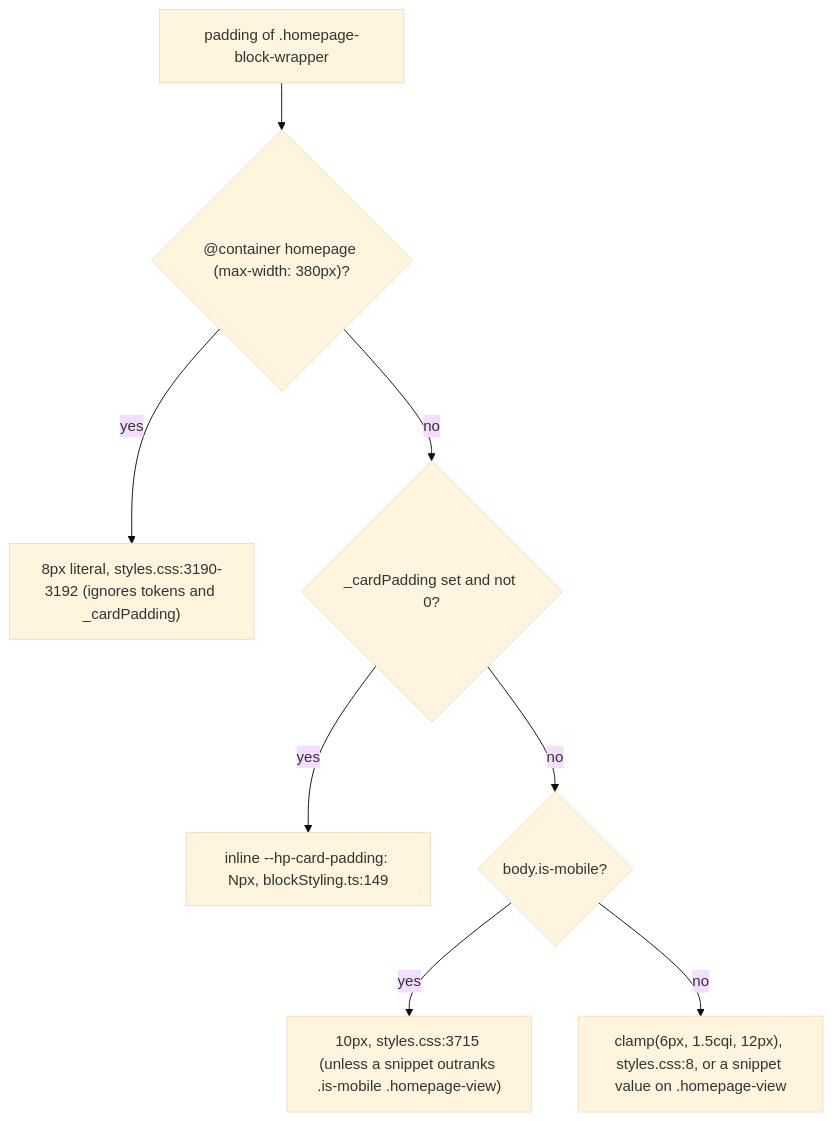
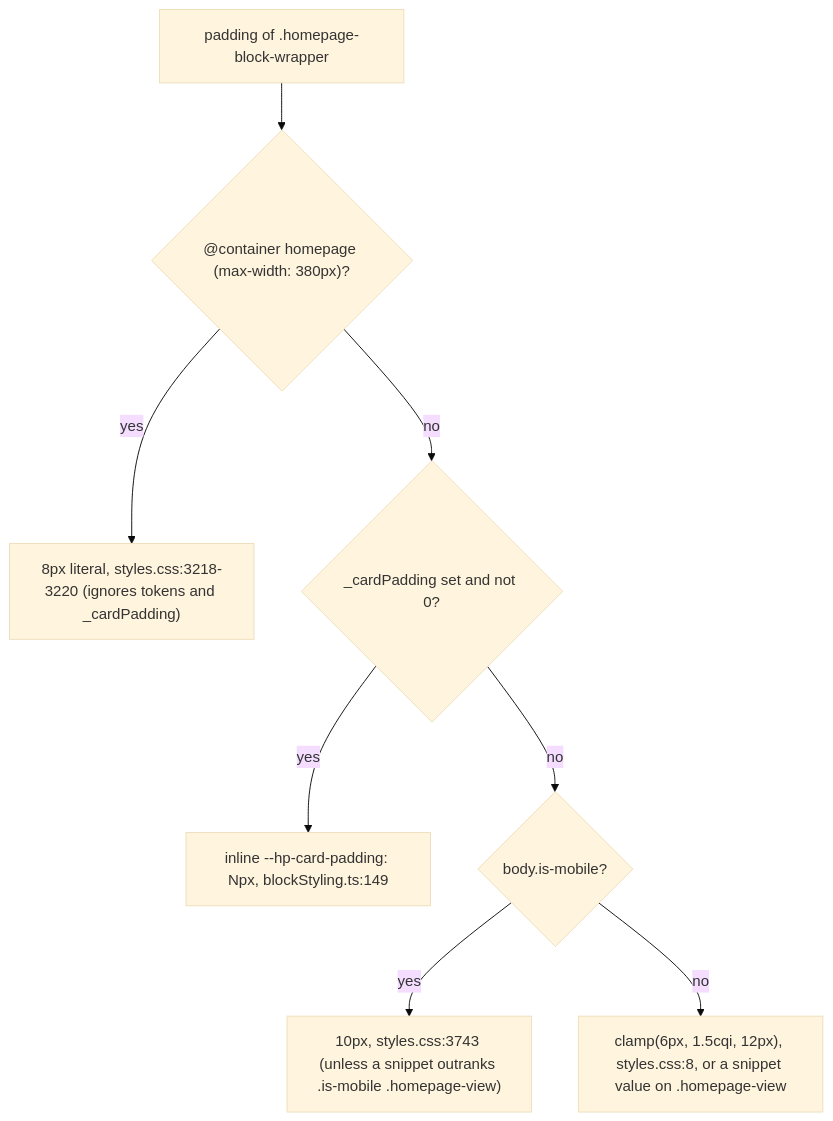
The first of 2 diagrams in docs/styling.md (acaprino/obsidian-plugin-homepage), drawn with Mermaid (base theme) before and after one commit. The commit also changed other lines of this file and 10 other files, not shown here.

````diff
--- a/docs/styling.md
+++ b/docs/styling.md
@@ -66,10 +76,10 @@
 ```mermaid
 flowchart TD
   A["padding of .homepage-block-wrapper"] --> B{"@container homepage (max-width: 380px)?"}
-  B -- yes --> L["8px literal, styles.css:3190-3192 (ignores tokens and _cardPadding)"]
+  B -- yes --> L["8px literal, styles.css:3218-3220 (ignores tokens and _cardPadding)"]
   B -- no --> C{"_cardPadding set and not 0?"}
   C -- yes --> I["inline --hp-card-padding: Npx, blockStyling.ts:149"]
   C -- no --> D{"body.is-mobile?"}
-  D -- yes --> M["10px, styles.css:3715 (unless a snippet outranks .is-mobile .homepage-view)"]
+  D -- yes --> M["10px, styles.css:3743 (unless a snippet outranks .is-mobile .homepage-view)"]
   D -- no --> T["clamp(6px, 1.5cqi, 12px), styles.css:8, or a snippet value on .homepage-view"]
 ```
````
